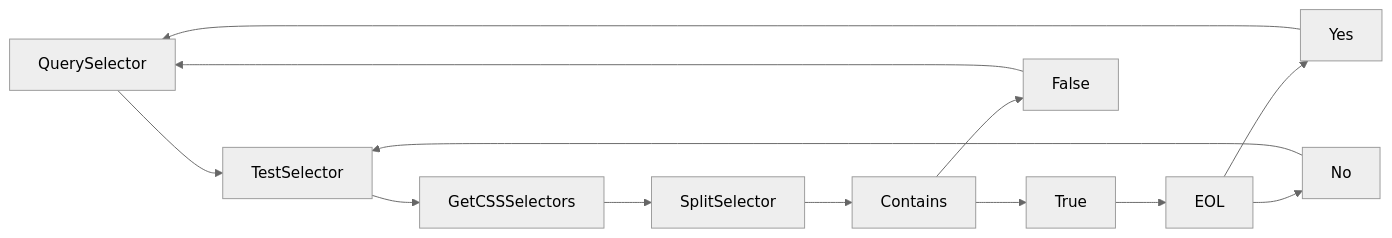
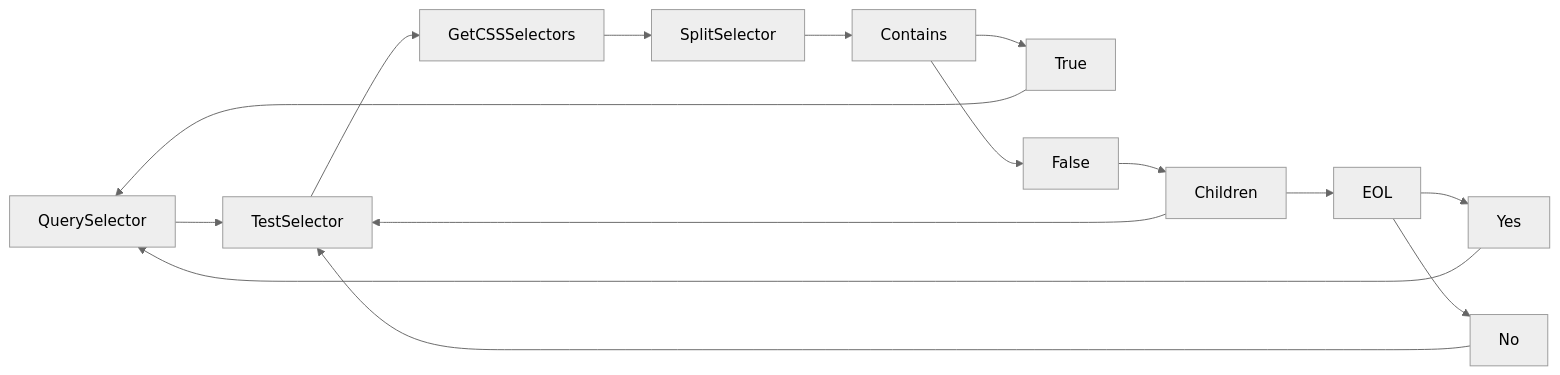
Before and after one commit to lakefox/gui: the first of 2 diagrams in selector/doc.md, drawn with Mermaid (neutral theme). The commit also changed other lines of this file and 6 other files, not shown here.

````diff
--- a/selector/doc.md
+++ b/selector/doc.md
@@ -5,15 +5,17 @@
 ```mermaid
 flowchart LR;
     QuerySelector-->TestSelector;
     TestSelector-->GetCSSSelectors;
     GetCSSSelectors-->SplitSelector;
     SplitSelector-->Contains;
     Contains-->True;
     Contains-->False;
-    False-->QuerySelector;
-    True-->EOL;
+    False-->Children;
+    True-->QuerySelector;
     EOL-->Yes;
     EOL-->No;
     No-->TestSelector
     Yes-->QuerySelector;
+    Children-->TestSelector;
+    Children-->EOL;
 ```
````
